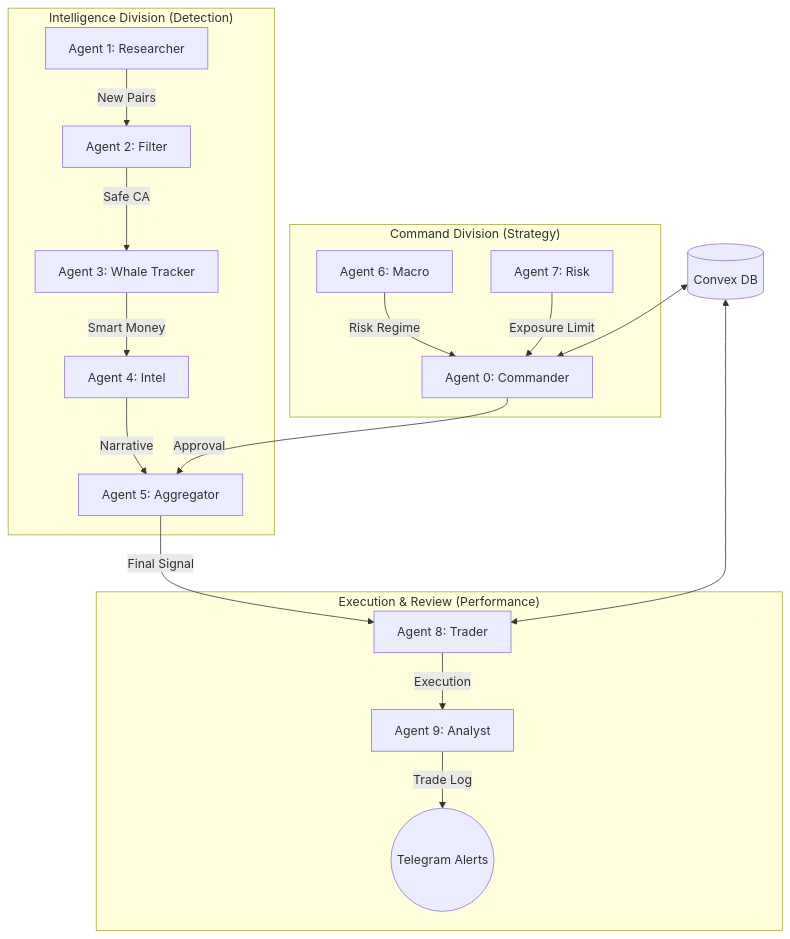
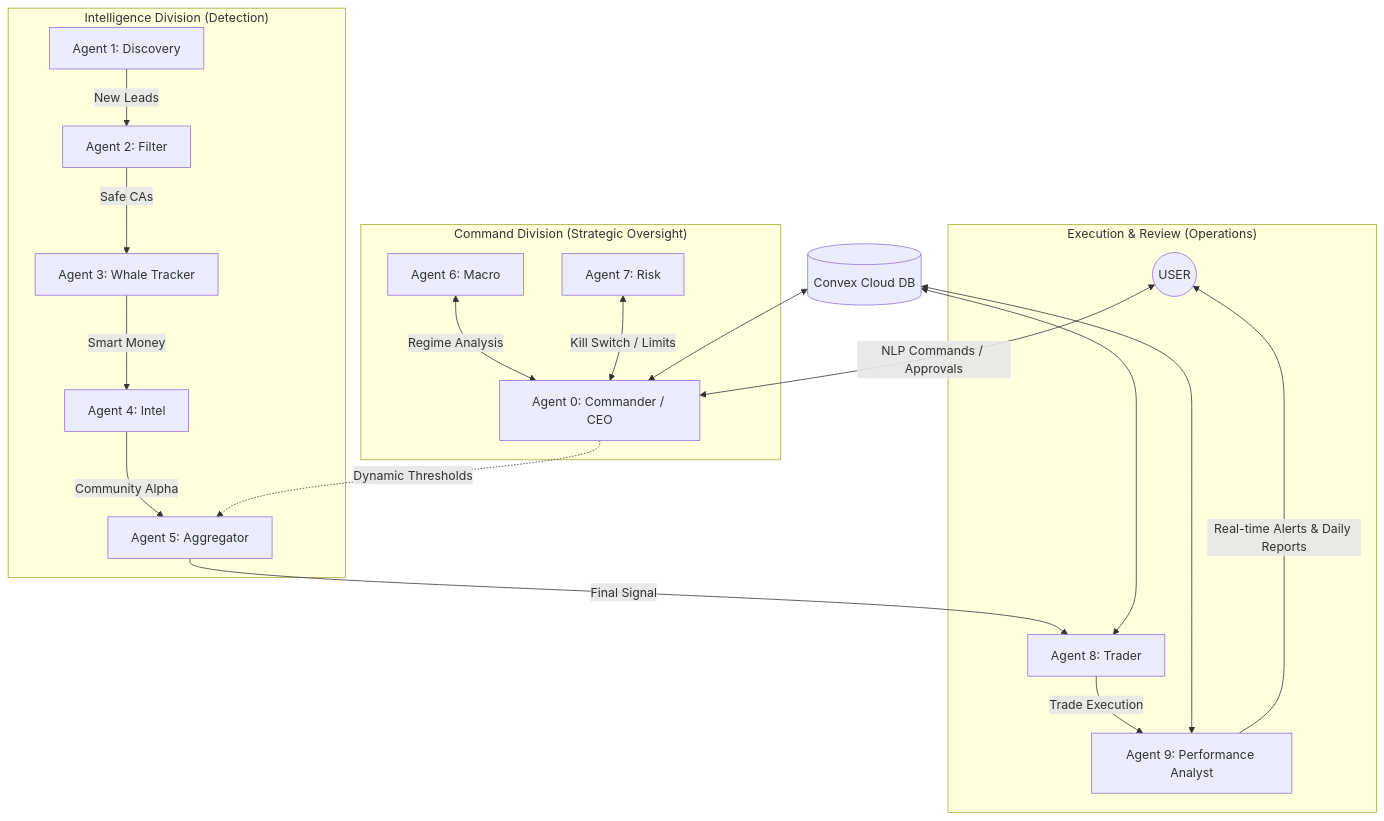
One commit to Subhamcode16/Crypto-trading-firm changed the diagram in README.md. Above: the diagram before and after it, drawn with Mermaid. The commit also changed other lines of this file, not shown here.

Commit message:
docs: redesign system architecture diagram in README.md

````diff
--- a/README.md
+++ b/README.md
@@ -33,24 +33,27 @@
 ```mermaid
 graph TD
+    User((USER)) <-->|NLP Commands / Approvals| A0[Agent 0: Commander / CEO]
+    
     subgraph "Intelligence Division (Detection)"
-        A1[Agent 1: Researcher] -->|New Pairs| A2[Agent 2: Filter]
-        A2 -->|Safe CA| A3[Agent 3: Whale Tracker]
+        A1[Agent 1: Discovery] -->|New Leads| A2[Agent 2: Filter]
+        A2 -->|Safe CAs| A3[Agent 3: Whale Tracker]
         A3 -->|Smart Money| A4[Agent 4: Intel]
-        A4 -->|Narrative| A5[Agent 5: Aggregator]
+        A4 -->|Community Alpha| A5[Agent 5: Aggregator]
     end
 
-    subgraph "Command Division (Strategy)"
-        A6[Agent 6: Macro] -->|Risk Regime| A0[Agent 0: Commander]
-        A7[Agent 7: Risk] -->|Exposure Limit| A0
-        A0 -->|Approval| A5
+    subgraph "Command Division (Strategic Oversight)"
+        A6[Agent 6: Macro] <-->|Regime Analysis| A0
+        A7[Agent 7: Risk] <-->|Kill Switch / Limits| A0
+        A0 -.->|Dynamic Thresholds| A5
     end
 
-    subgraph "Execution & Review (Performance)"
+    subgraph "Execution & Review (Operations)"
         A5 -->|Final Signal| A8[Agent 8: Trader]
-        A8 -->|Execution| A9[Agent 9: Analyst]
-        A9 -->|Trade Log| Telegram((Telegram Alerts))
+        A8 -->|Trade Execution| A9[Agent 9: Performance Analyst]
+        A9 -->|Real-time Alerts & Daily Reports| User
     end
 
-    Convex[(Convex DB)] <--> A0
+    Convex[(Convex Cloud DB)] <--> A0
     Convex <--> A8
+    Convex <--> A9
 ```
````
